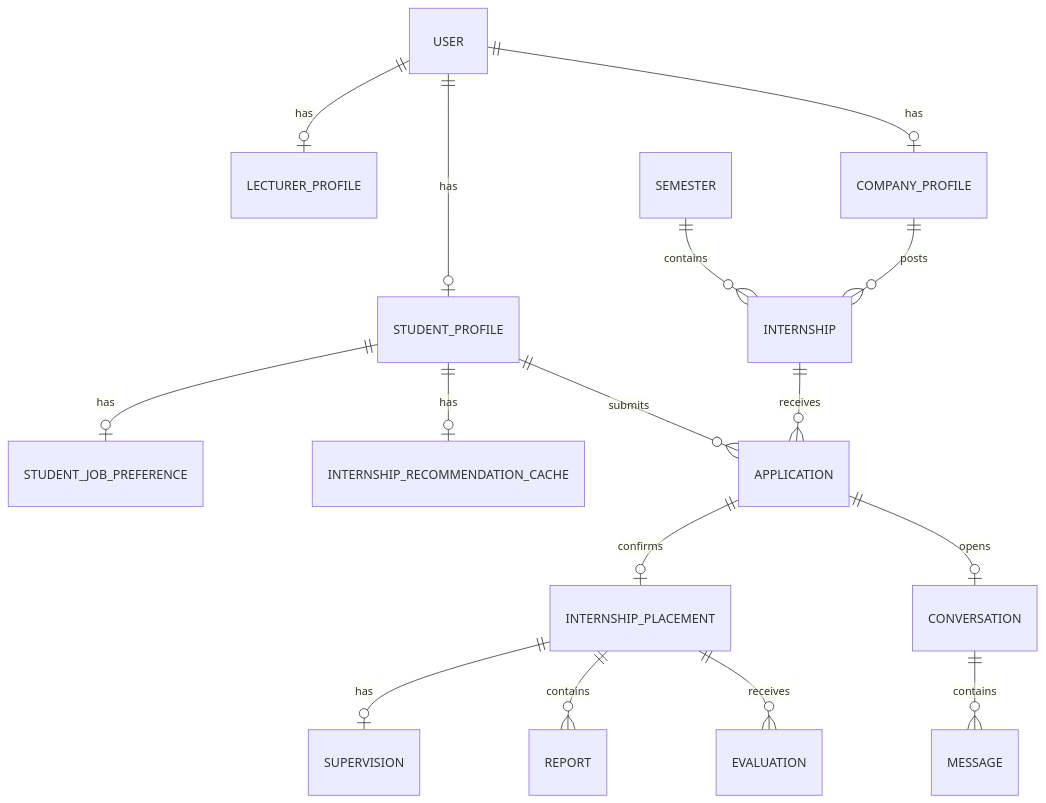
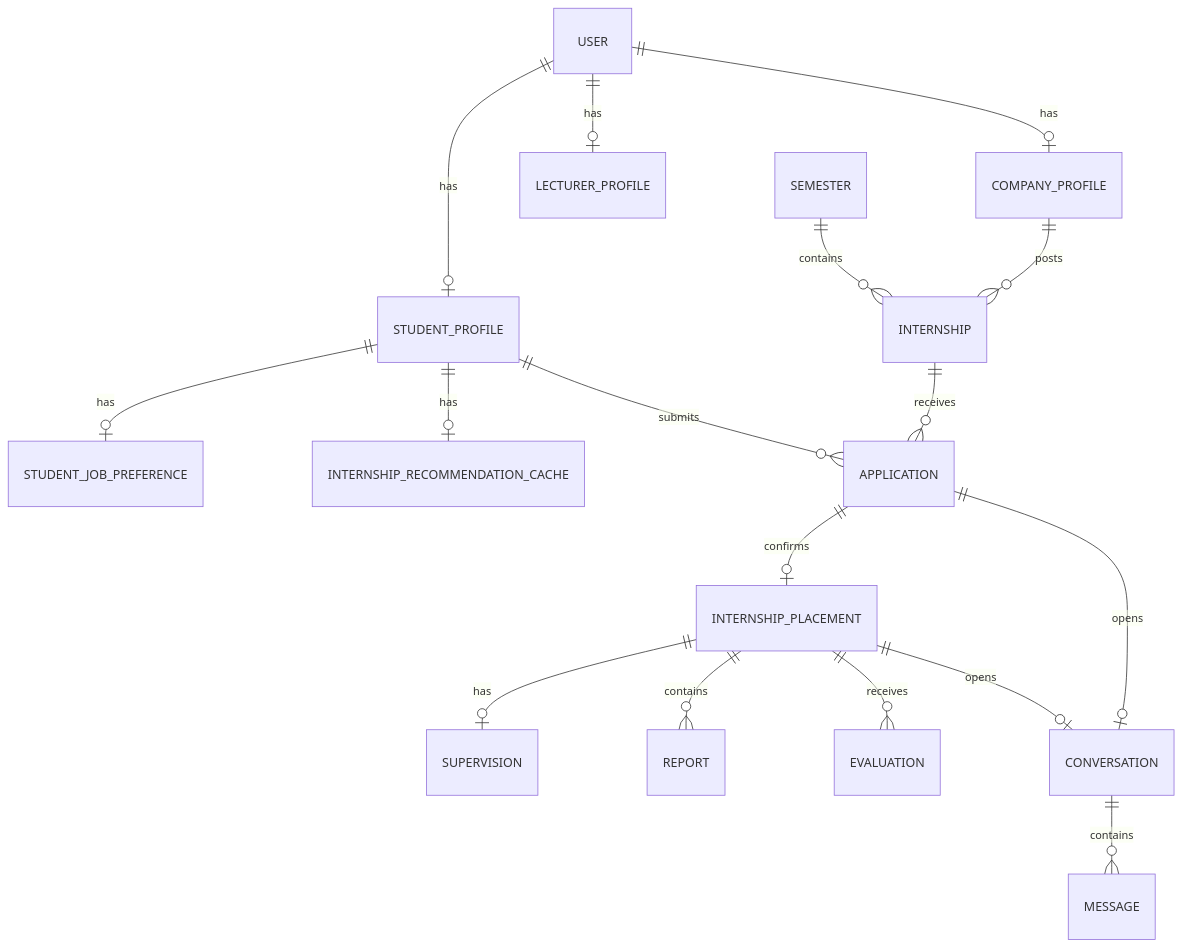
The second of 2 diagrams in docs/plans/systemDesign.md (phamson1928/CareerBridge), drawn with Mermaid before and after one commit. The commit also changed other lines of this file and 28 other files, not shown here.

````diff
--- a/docs/plans/systemDesign.md
+++ b/docs/plans/systemDesign.md
@@ -65,18 +65,19 @@
 ```mermaid
 erDiagram
   USER ||--o| STUDENT_PROFILE : has
   STUDENT_PROFILE ||--o| STUDENT_JOB_PREFERENCE : has
   STUDENT_PROFILE ||--o| INTERNSHIP_RECOMMENDATION_CACHE : has
   USER ||--o| LECTURER_PROFILE : has
   USER ||--o| COMPANY_PROFILE : has
   SEMESTER ||--o{ INTERNSHIP : contains
   COMPANY_PROFILE ||--o{ INTERNSHIP : posts
   STUDENT_PROFILE ||--o{ APPLICATION : submits
   INTERNSHIP ||--o{ APPLICATION : receives
   APPLICATION ||--o| INTERNSHIP_PLACEMENT : confirms
   INTERNSHIP_PLACEMENT ||--o| SUPERVISION : has
   INTERNSHIP_PLACEMENT ||--o{ REPORT : contains
   INTERNSHIP_PLACEMENT ||--o{ EVALUATION : receives
   APPLICATION ||--o| CONVERSATION : opens
+  INTERNSHIP_PLACEMENT ||--o| CONVERSATION : opens
   CONVERSATION ||--o{ MESSAGE : contains
 ```
````
